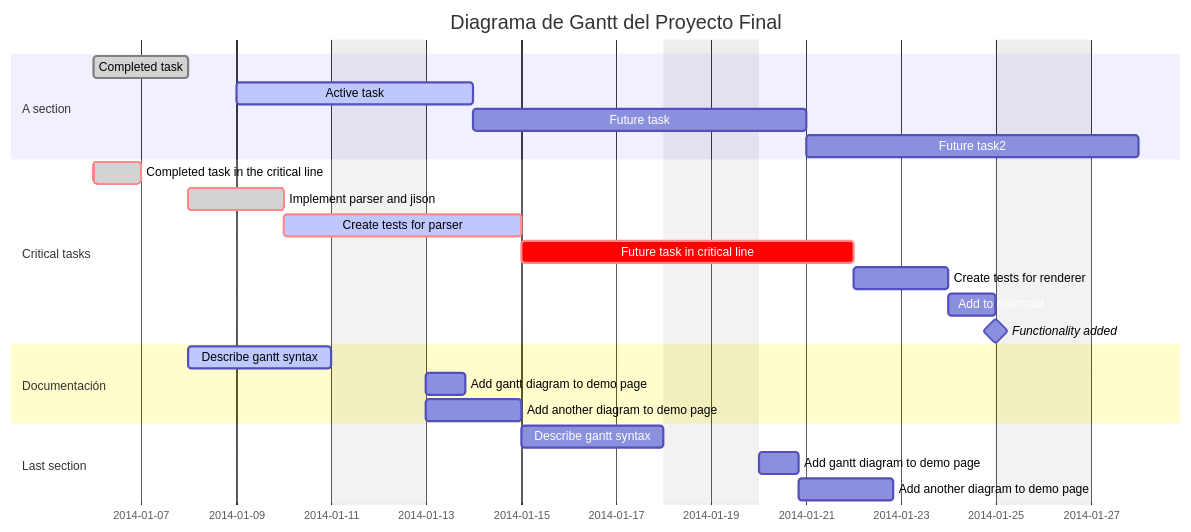
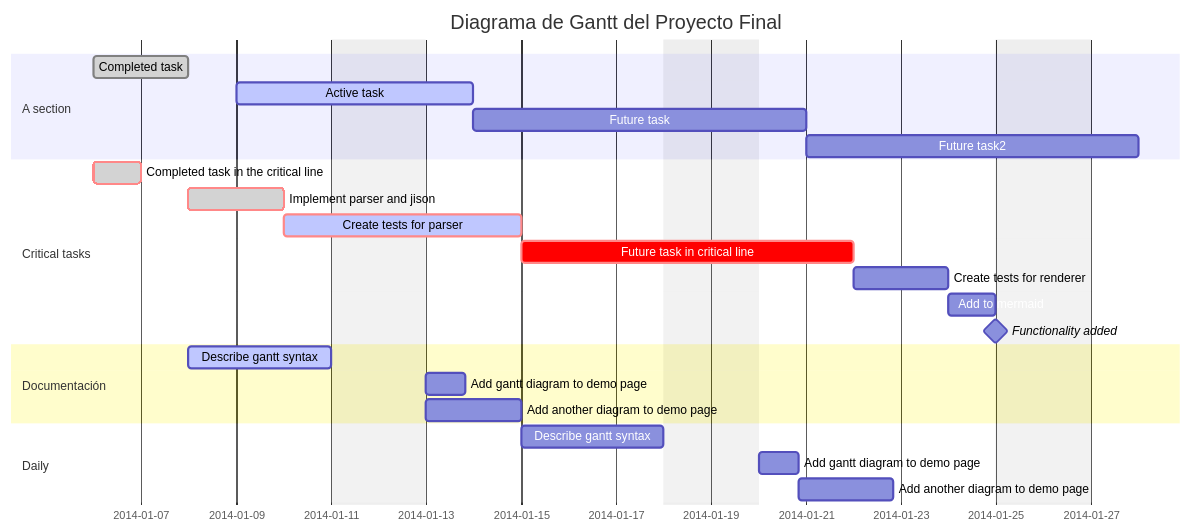
Before and after one commit to Beth-94/testmermaid: the diagram in README.md, drawn with Mermaid. The commit also changed other lines of this file, not shown here.

````diff
--- a/README.md
+++ b/README.md
@@ -8,33 +8,33 @@
 ```mermaid
 gantt
     dateFormat  YYYY-MM-DD
     title       Diagrama de Gantt del Proyecto Final
     excludes    weekends
     %% (`excludes` accepts specific dates in YYYY-MM-DD format, days of the week ("sunday") or "weekends", but not the word "weekdays".)
 
     section A section
     Completed task            :done,    des1, 2014-01-06,2014-01-08
     Active task               :active,  des2, 2014-01-09, 3d
     Future task               :         des3, after des2, 5d
     Future task2              :         des4, after des3, 5d
 
     section Critical tasks
     Completed task in the critical line :crit, done, 2014-01-06,24h
     Implement parser and jison          :crit, done, after des1, 2d
     Create tests for parser             :crit, active, 3d
     Future task in critical line        :crit, 5d
     Create tests for renderer           :2d
     Add to mermaid                      :until isadded
     Functionality added                 :milestone, isadded, 2014-01-25, 0d
 
     section Documentación
     Describe gantt syntax               :active, a1, after des1, 3d
     Add gantt diagram to demo page      :after a1  , 20h
     Add another diagram to demo page    :doc1, after a1  , 48h
 
-    section Last section
+    section Daily
     Describe gantt syntax               :after doc1, 3d
     Add gantt diagram to demo page      :20h
     Add another diagram to demo page    :48h
 
 ```
````
